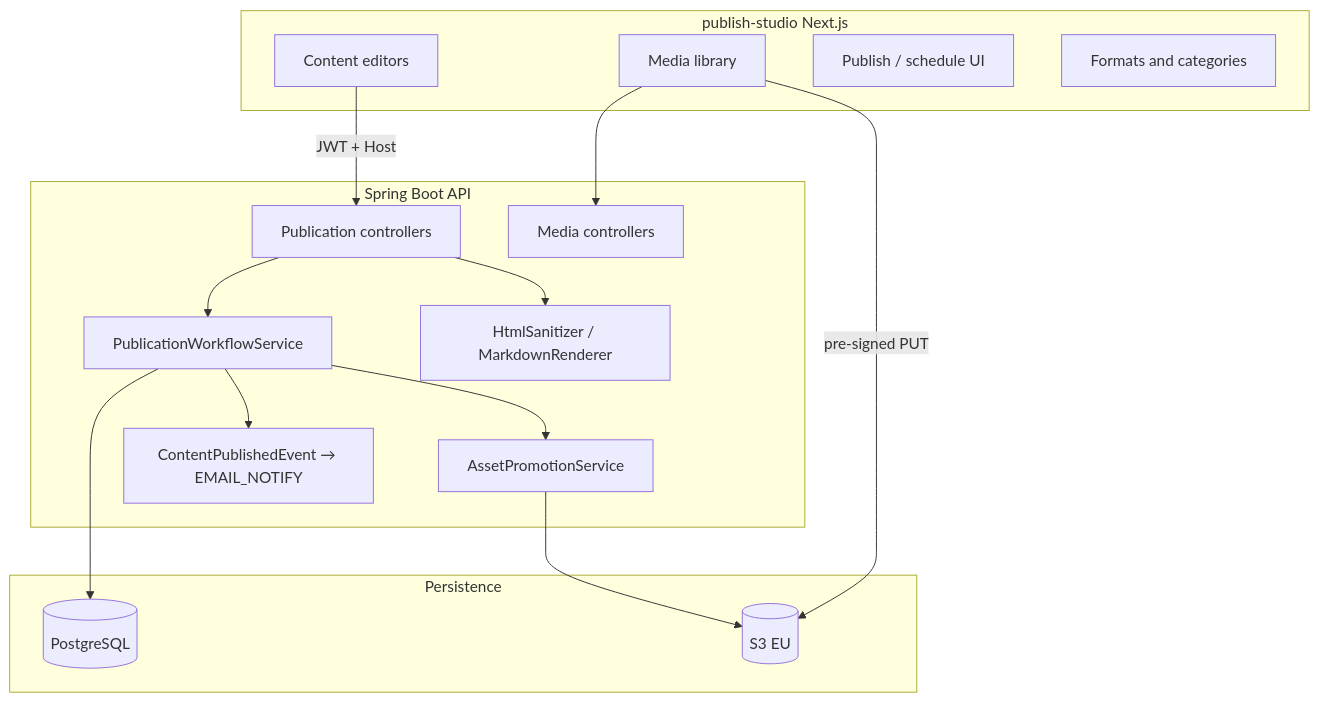
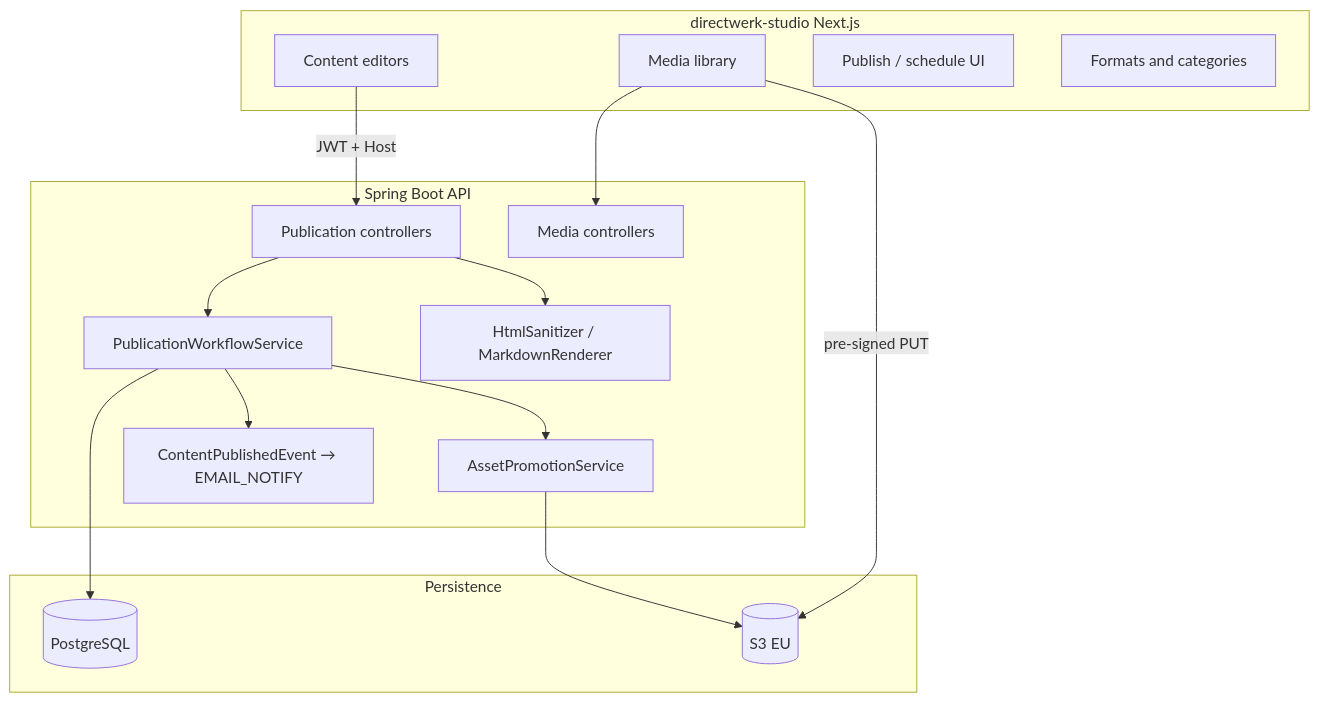
The first of 3 diagrams in docs/content-creation-implementation.md (LucaNerlich/directwerk), drawn with Mermaid before and after one commit. The commit also changed other lines of this file and 495 other files, not shown here.

Commit message:
rename publish to directwerk

````diff
--- a/docs/content-creation-implementation.md
+++ b/docs/content-creation-implementation.md
@@ -55,33 +55,33 @@
 ```mermaid
 flowchart TB
-    subgraph studio [publish-studio Next.js]
+    subgraph studio [directwerk-studio Next.js]
         Editors[Content editors]
         MediaUI[Media library]
         WorkflowUI[Publish / schedule UI]
         TaxonomyUI[Formats and categories]
     end
 
     subgraph api [Spring Boot API]
         PubAPI[Publication controllers]
         MediaAPI[Media controllers]
         WorkflowSvc[PublicationWorkflowService]
         Sanitize[HtmlSanitizer / MarkdownRenderer]
         Promo[AssetPromotionService]
         Notify[ContentPublishedEvent → EMAIL_NOTIFY]
     end
 
     subgraph storage [Persistence]
         PG[(PostgreSQL)]
         S3[(S3 EU)]
     end
 
     Editors -->|JWT + Host| PubAPI
     MediaUI -->|pre-signed PUT| S3
     MediaUI --> MediaAPI
     PubAPI --> WorkflowSvc
     WorkflowSvc --> PG
     WorkflowSvc --> Promo
     Promo --> S3
     WorkflowSvc --> Notify
     PubAPI --> Sanitize
 ```
````
